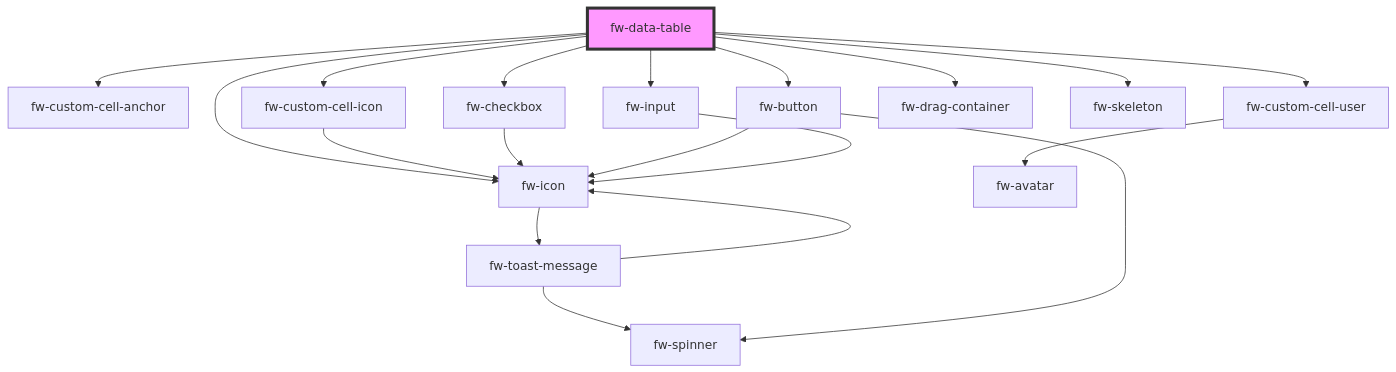
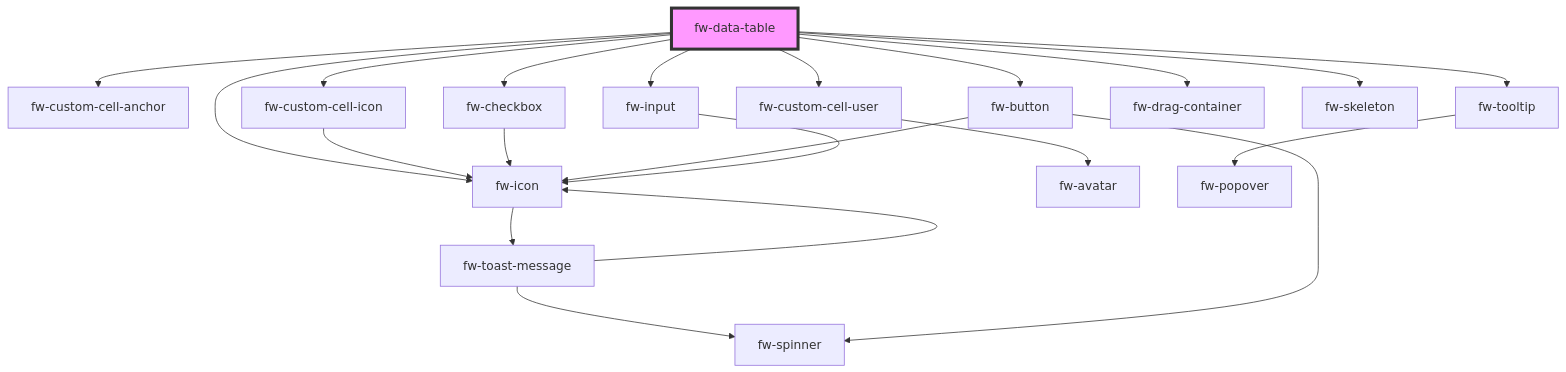
One commit to freshworks/crayons changed the diagram in packages/crayons-core/src/components/data-table/readme.md. Above: the diagram before and after it, drawn with Mermaid. The commit also changed other lines of this file and 2 other files, not shown here.

Commit message:
fix(data-table): row action buttons has fw-tooltip

````diff
--- a/packages/crayons-core/src/components/data-table/readme.md
+++ b/packages/crayons-core/src/components/data-table/readme.md
@@ -1781,22 +1782,24 @@
 ```mermaid
 graph TD;
   fw-data-table --> fw-custom-cell-anchor
   fw-data-table --> fw-custom-cell-user
   fw-data-table --> fw-custom-cell-icon
   fw-data-table --> fw-checkbox
+  fw-data-table --> fw-tooltip
   fw-data-table --> fw-button
   fw-data-table --> fw-icon
   fw-data-table --> fw-input
   fw-data-table --> fw-drag-container
   fw-data-table --> fw-skeleton
   fw-custom-cell-user --> fw-avatar
   fw-custom-cell-icon --> fw-icon
   fw-icon --> fw-toast-message
   fw-toast-message --> fw-spinner
   fw-toast-message --> fw-icon
   fw-checkbox --> fw-icon
+  fw-tooltip --> fw-popover
   fw-button --> fw-spinner
   fw-button --> fw-icon
   fw-input --> fw-icon
   style fw-data-table fill:#f9f,stroke:#333,stroke-width:4px
 ```
````
